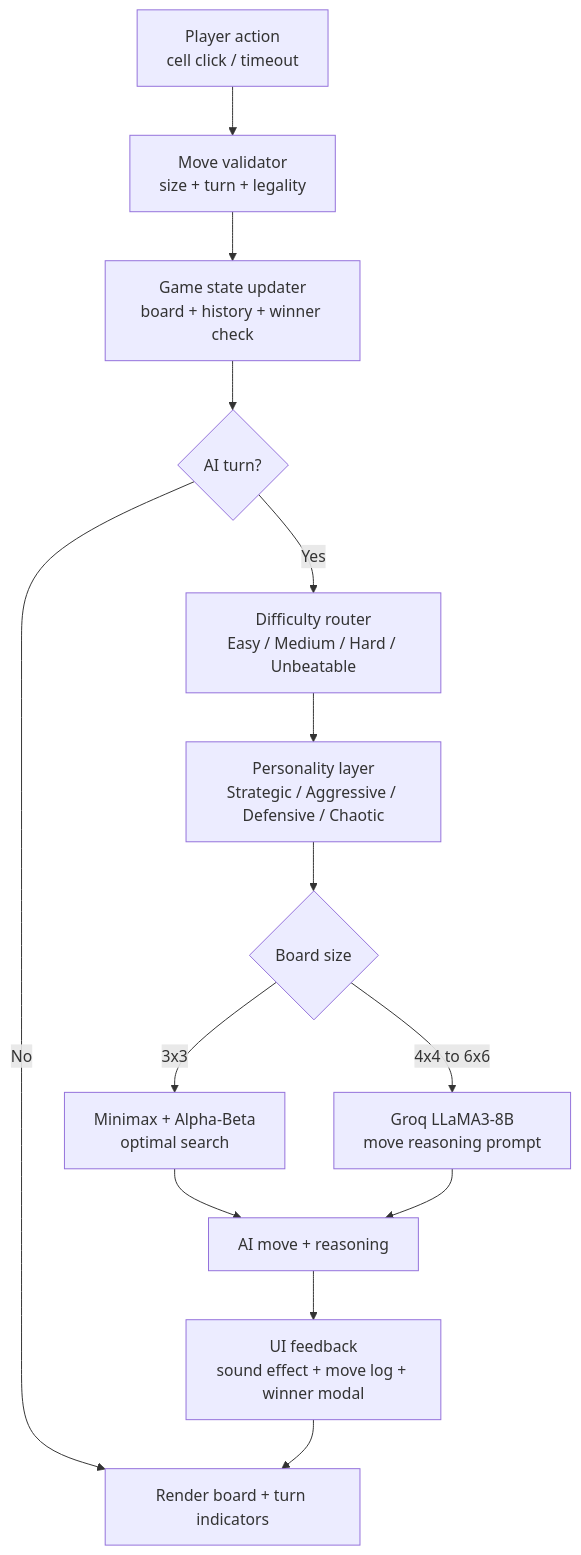
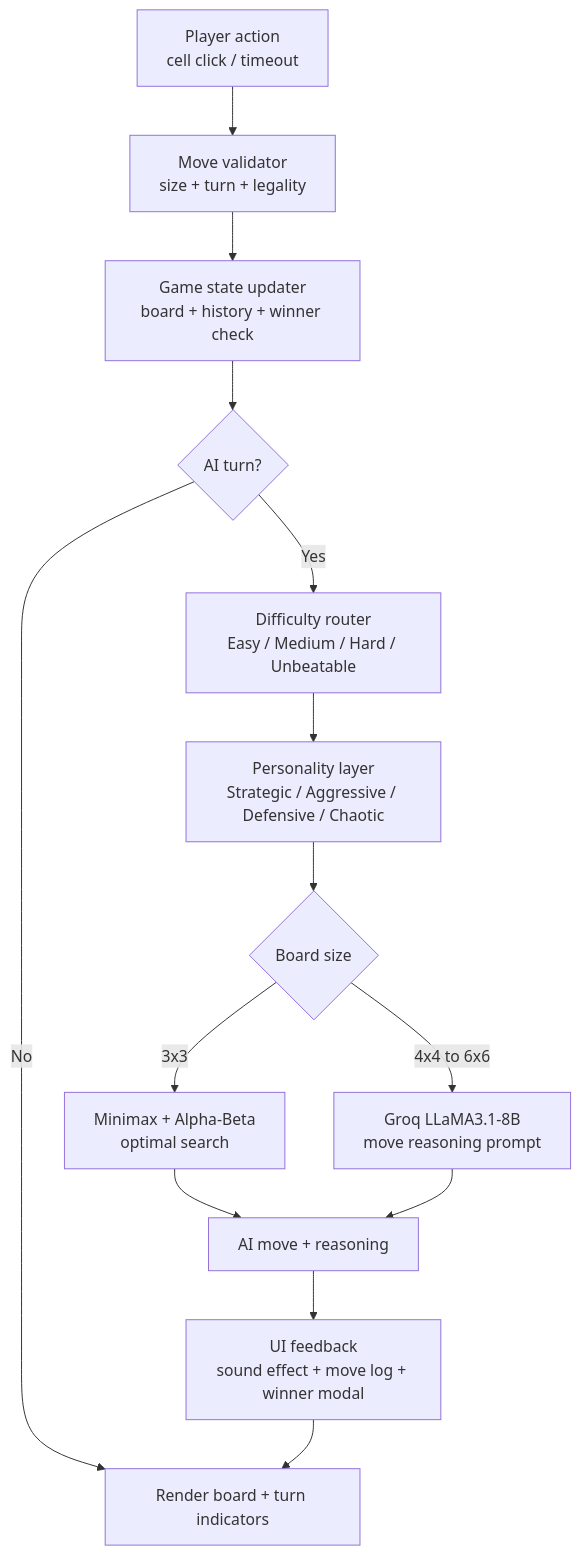
One commit to dharani25007-code/CODSOFT changed the diagram in Task2-TicTacToe-AI/tictactoeai/README.md. Above: the diagram before and after it, drawn with Mermaid. The commit also changed other lines of this file and 3 other files, not shown here.

````diff
--- a/Task2-TicTacToe-AI/tictactoeai/README.md
+++ b/Task2-TicTacToe-AI/tictactoeai/README.md
@@ -214,16 +214,16 @@
 ```mermaid
 flowchart TB
   A[Player action\ncell click / timeout] --> B[Move validator\nsize + turn + legality]
   B --> C[Game state updater\nboard + history + winner check]
   C --> D{AI turn?}
   D -- No --> E[Render board + turn indicators]
   D -- Yes --> F[Difficulty router\nEasy / Medium / Hard / Unbeatable]
   F --> G[Personality layer\nStrategic / Aggressive / Defensive / Chaotic]
   G --> H{Board size}
   H -- 3x3 --> I[Minimax + Alpha-Beta\noptimal search]
-  H -- 4x4 to 6x6 --> J[Groq LLaMA3-8B\nmove reasoning prompt]
+  H -- 4x4 to 6x6 --> J[Groq LLaMA3.1-8B\nmove reasoning prompt]
   I --> K[AI move + reasoning]
   J --> K
   K --> L[UI feedback\nsound effect + move log + winner modal]
   L --> E
 ```
````
